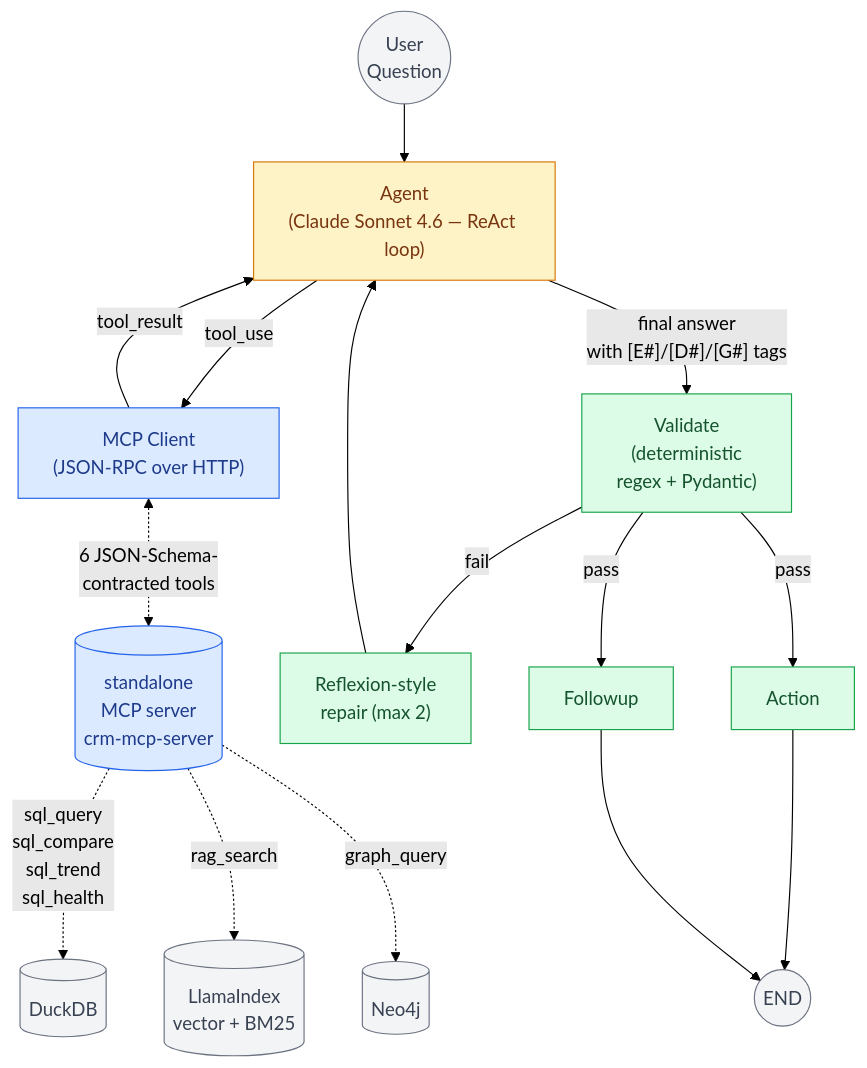
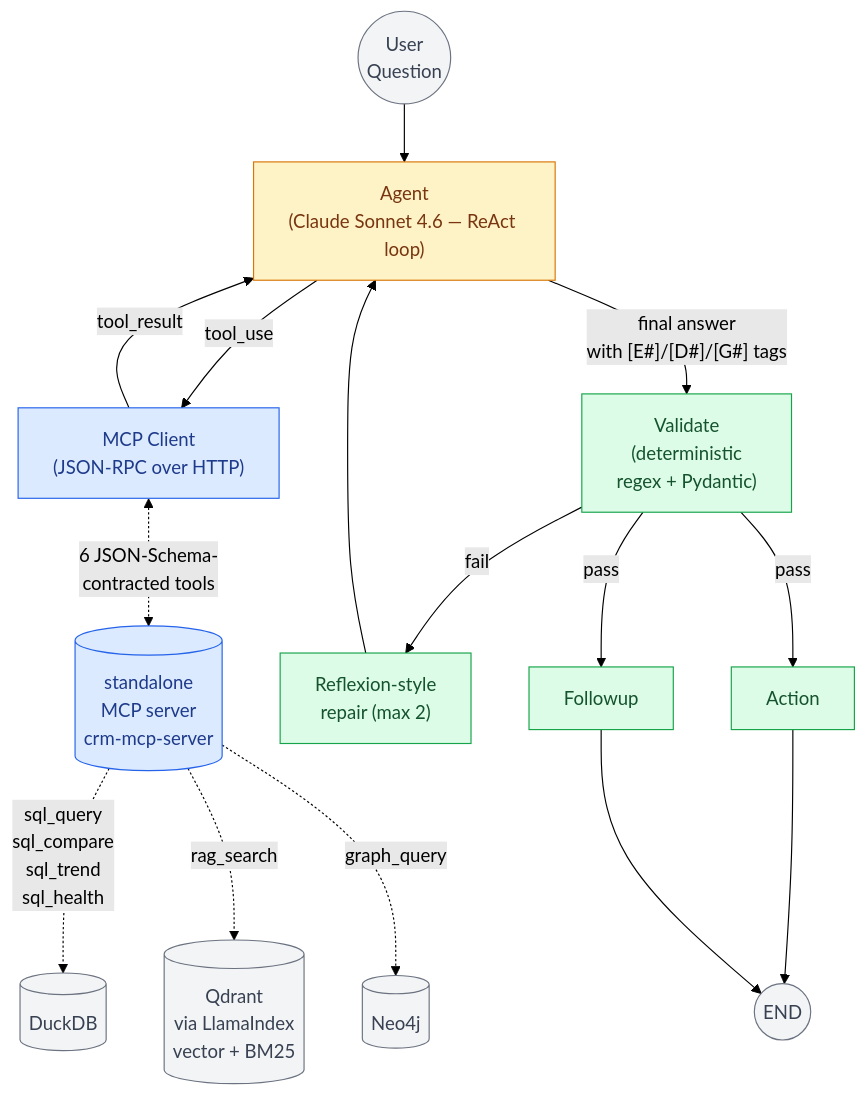
The first of 5 diagrams in README.md (sazzad-kamal/crm-agentic-mcp-engine), drawn with Mermaid (forest theme) before and after one commit. The commit also changed other lines of this file, not shown here.

````diff
--- a/README.md
+++ b/README.md
@@ -27,28 +26,28 @@
 ```mermaid
 flowchart TB
     Q(("User<br/>Question")) --> AGENT["Agent<br/>(Claude Sonnet 4.6 — ReAct loop)"]
 
     AGENT -->|tool_use| MCP_CLIENT["MCP Client<br/>(JSON-RPC over HTTP)"]
     MCP_CLIENT <-.->|"6 JSON-Schema-<br/>contracted tools"| MCPSRV[("standalone<br/>MCP server<br/>crm-mcp-server")]
     MCP_CLIENT -->|tool_result| AGENT
 
     AGENT -->|"final answer<br/>with [E#]/[D#]/[G#] tags"| VAL["Validate<br/>(deterministic<br/>regex + Pydantic)"]
     VAL -->|fail| RPR["Reflexion-style<br/>repair (max 2)"]
     RPR --> AGENT
     VAL -->|pass| ACT["Action"] & FU["Followup"]
     ACT & FU --> DONE((END))
 
     MCPSRV -.->|sql_query<br/>sql_compare<br/>sql_trend<br/>sql_health| DB[(DuckDB)]
-    MCPSRV -.->|rag_search| VS[(LlamaIndex<br/>vector + BM25)]
+    MCPSRV -.->|rag_search| VS[(Qdrant<br/>via LlamaIndex<br/>vector + BM25)]
     MCPSRV -.->|graph_query| N4[(Neo4j)]
 
     classDef agent fill:#fef3c7,stroke:#d97706,color:#78350f
     classDef tool fill:#dbeafe,stroke:#2563eb,color:#1e3a8a
     classDef response fill:#dcfce7,stroke:#16a34a,color:#14532d
     classDef boundary fill:#f3f4f6,stroke:#6b7280,color:#374151
 
     class AGENT agent
     class MCP_CLIENT,MCPSRV tool
     class ACT,FU,VAL,RPR response
     class Q,DONE,DB,VS,N4 boundary
 ```
````
